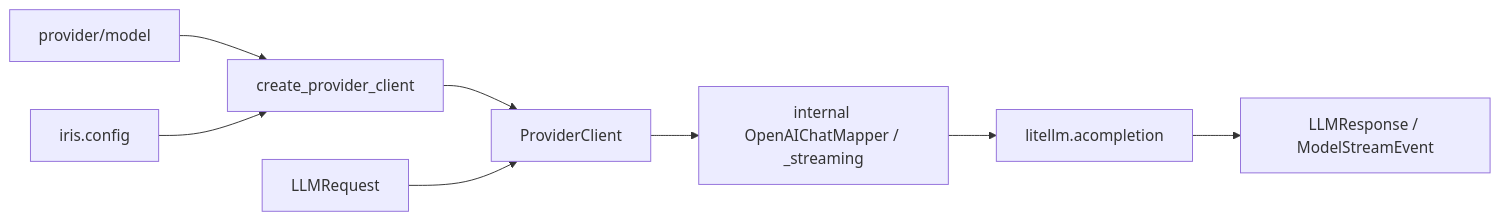
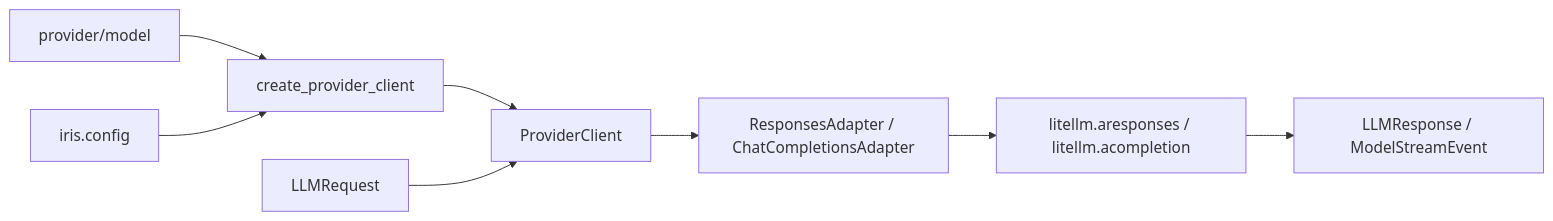
The diagram in src/iris/providers/README.en.md (Tsubaki-01/Iris), drawn with Mermaid before and after one commit. The commit also changed other lines of this file and 92 other files, not shown here.

First line of the commit message:
「refactor」(Providers): 统一 LiteLLM 双协议适配与逻辑请求

````diff
--- a/src/iris/providers/README.en.md
+++ b/src/iris/providers/README.en.md
@@ -37,10 +38,10 @@
 ```mermaid
 flowchart LR
     Route["provider/model"] --> Factory["create_provider_client"]
     Config["iris.config"] --> Factory
     Factory --> Client["ProviderClient"]
     Request["LLMRequest"] --> Client
-    Client --> Mapper["internal OpenAIChatMapper / _streaming"]
-    Mapper --> LiteLLM["litellm.acompletion"]
+    Client --> Mapper["ResponsesAdapter / ChatCompletionsAdapter"]
+    Mapper --> LiteLLM["litellm.aresponses / litellm.acompletion"]
     LiteLLM --> Response["LLMResponse / ModelStreamEvent"]
 ```
````
